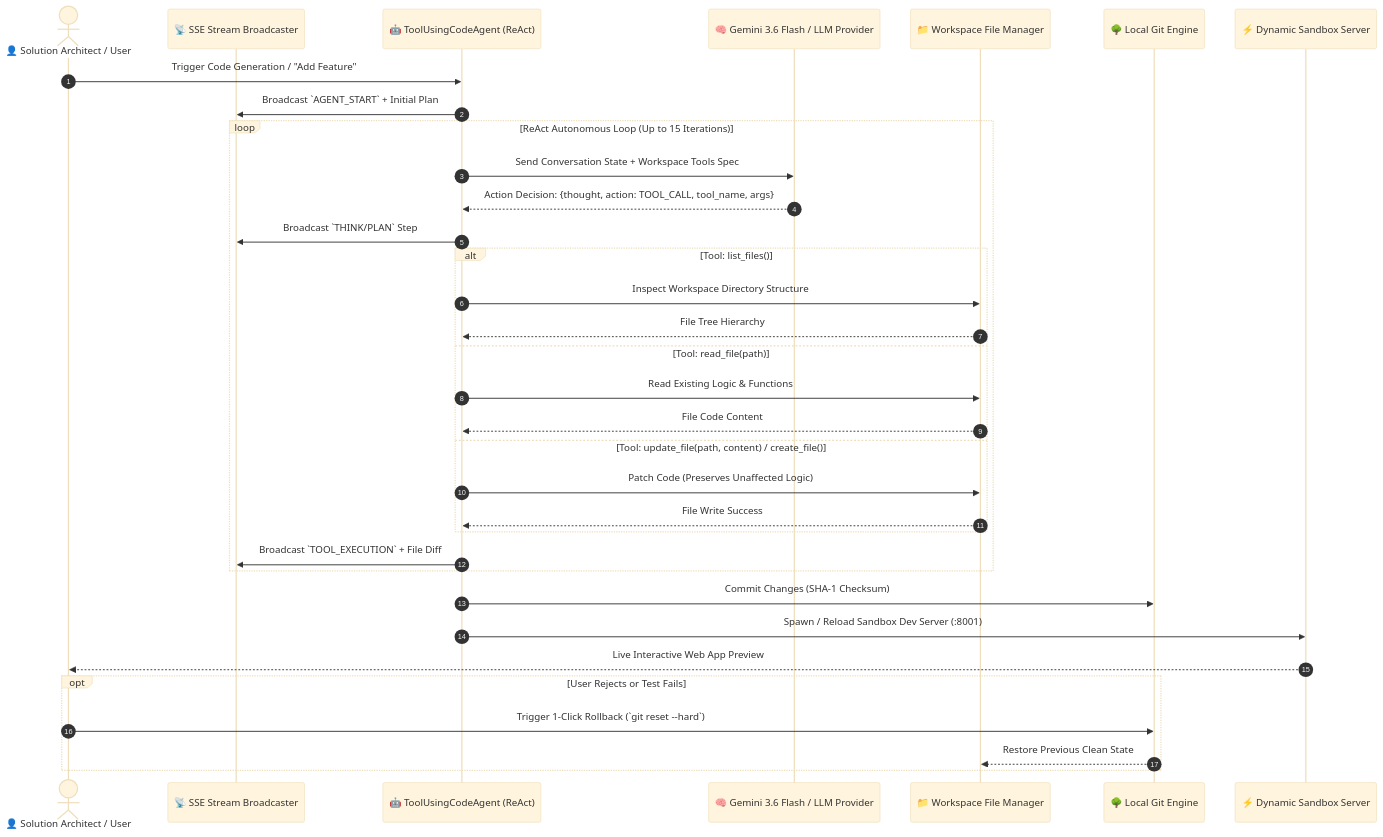
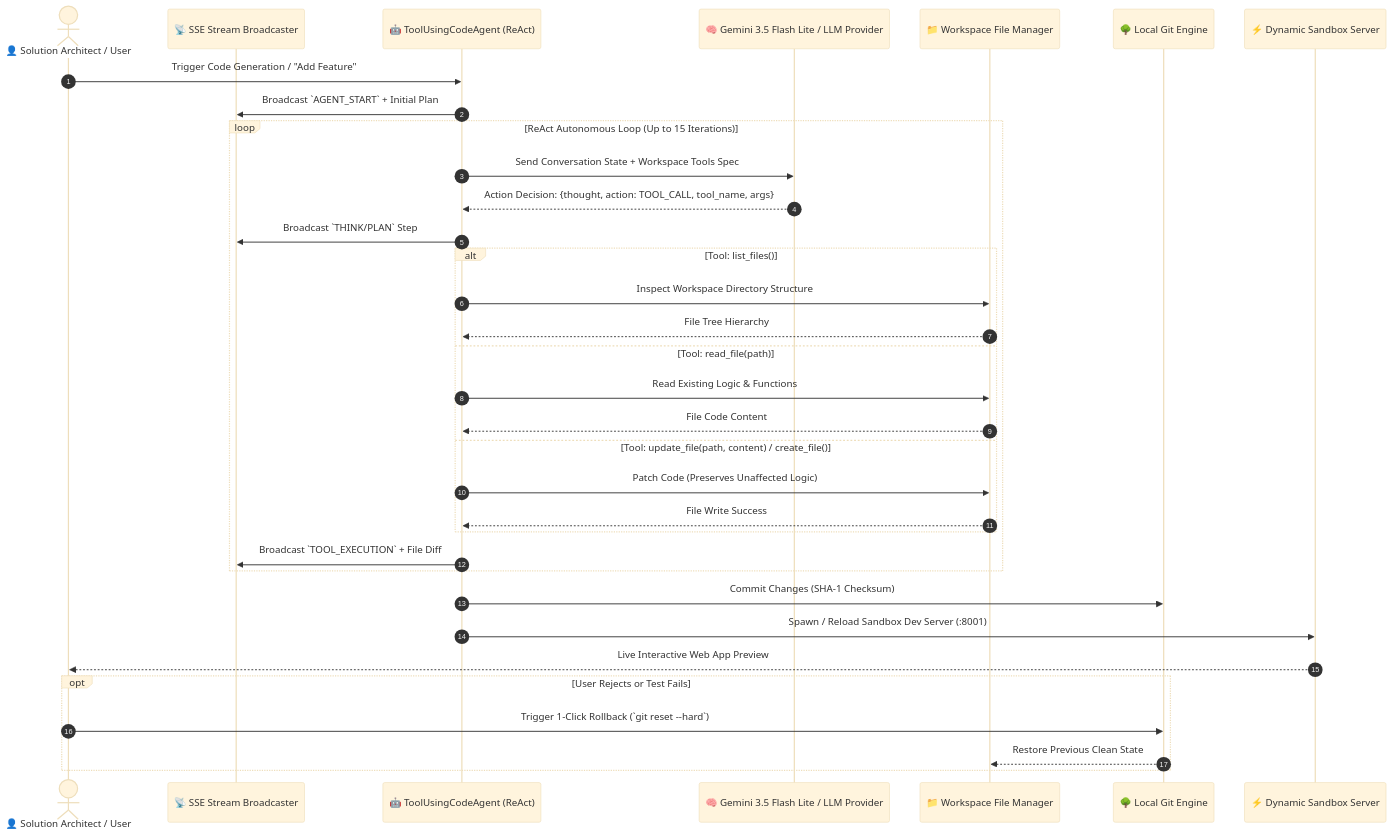
Before and after one commit to VadsolaKishan/transformiq-chaos2commit-2026: the third of 5 diagrams in README.md, drawn with Mermaid (base theme). The commit also changed other lines of this file and 7 other files, not shown here.

Commit message:
fix(config): standardize active Gemini 3.5 Flash-Lite model configuration across full codebase, exports, and deployment manifests

````diff
--- a/README.md
+++ b/README.md
@@ -465,42 +465,42 @@
 ```mermaid
 sequenceDiagram
     autonumber
     actor User as 👤 Solution Architect / User
     participant SSE as 📡 SSE Stream Broadcaster
     participant Agent as 🤖 ToolUsingCodeAgent (ReAct)
-    participant LLM as 🧠 Gemini 3.6 Flash / LLM Provider
+    participant LLM as 🧠 Gemini 3.5 Flash Lite / LLM Provider
     participant FS as 📁 Workspace File Manager
     participant Git as 🌳 Local Git Engine
     participant Runner as ⚡ Dynamic Sandbox Server
 
     User->>Agent: Trigger Code Generation / "Add Feature"
     Agent->>SSE: Broadcast `AGENT_START` + Initial Plan
     
     loop ReAct Autonomous Loop (Up to 15 Iterations)
         Agent->>LLM: Send Conversation State + Workspace Tools Spec
         LLM-->>Agent: Action Decision: {thought, action: TOOL_CALL, tool_name, args}
         Agent->>SSE: Broadcast `THINK/PLAN` Step
         
         alt Tool: list_files()
             Agent->>FS: Inspect Workspace Directory Structure
             FS-->>Agent: File Tree Hierarchy
         else Tool: read_file(path)
             Agent->>FS: Read Existing Logic & Functions
             FS-->>Agent: File Code Content
         else Tool: update_file(path, content) / create_file()
             Agent->>FS: Patch Code (Preserves Unaffected Logic)
             FS-->>Agent: File Write Success
         end
         
         Agent->>SSE: Broadcast `TOOL_EXECUTION` + File Diff
     end
 
     Agent->>Git: Commit Changes (SHA-1 Checksum)
     Agent->>Runner: Spawn / Reload Sandbox Dev Server (:8001)
     Runner-->>User: Live Interactive Web App Preview
     
     opt User Rejects or Test Fails
         User->>Git: Trigger 1-Click Rollback (`git reset --hard`)
         Git-->>FS: Restore Previous Clean State
     end
 ```
````
